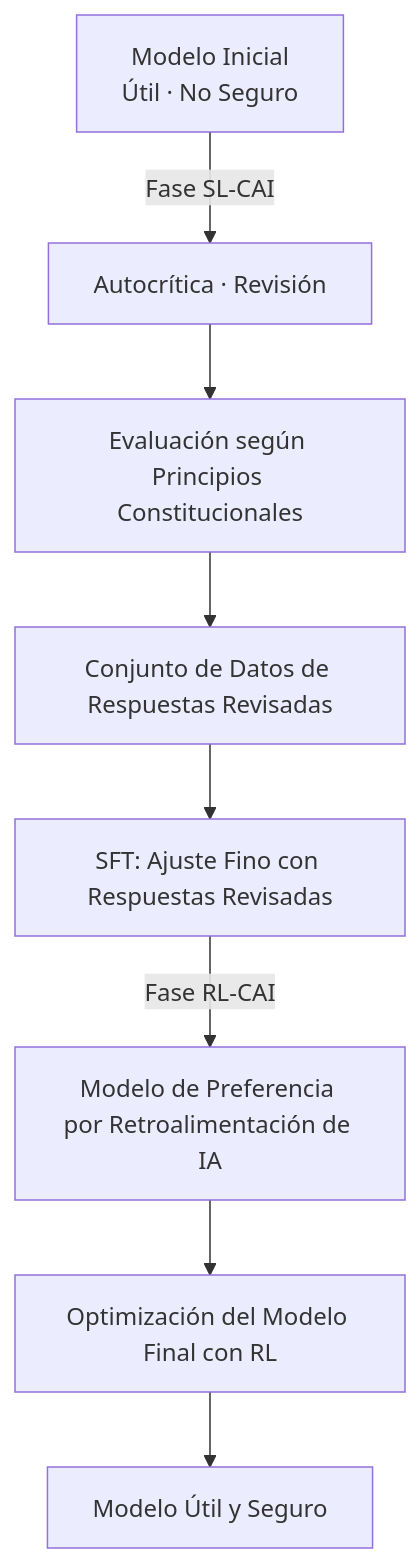
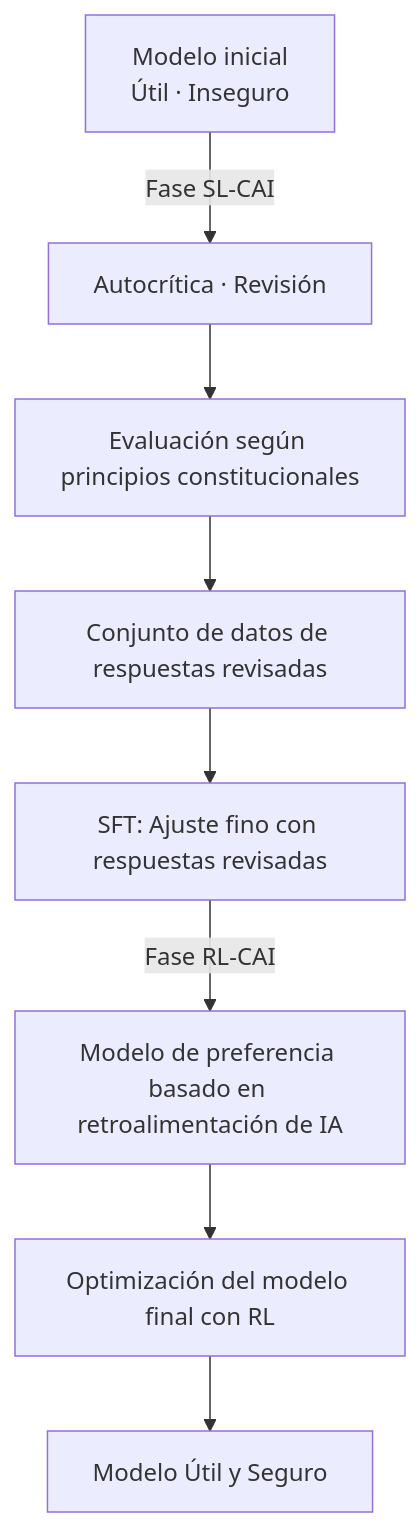
One commit to no-problem-dev/rick-brick-content changed the first of 2 diagrams in articles/es/2026-03-18-anthropic-constitutional-ai-cc0-open.md. Above: the diagram before and after it, drawn with Mermaid. The commit also changed other lines of this file and 126 other files, not shown here.

````diff
--- a/articles/es/2026-03-18-anthropic-constitutional-ai-cc0-open.md
+++ b/articles/es/2026-03-18-anthropic-constitutional-ai-cc0-open.md
@@ -28,11 +28,11 @@
 ```mermaid
 graph TD
-    A[Modelo Inicial
-Útil · No Seguro] -->|Fase SL-CAI| B[Autocrítica · Revisión]
-    B --> C[Evaluación según Principios Constitucionales]
-    C --> D[Conjunto de Datos de Respuestas Revisadas]
-    D --> E[SFT: Ajuste Fino con Respuestas Revisadas]
-    E -->|Fase RL-CAI| F[Modelo de Preferencia por Retroalimentación de IA]
-    F --> G[Optimización del Modelo Final con RL]
+    A[Modelo inicial
+Útil · Inseguro] -->|Fase SL-CAI| B[Autocrítica · Revisión]
+    B --> C[Evaluación según principios constitucionales]
+    C --> D[Conjunto de datos de respuestas revisadas]
+    D --> E[SFT: Ajuste fino con respuestas revisadas]
+    E -->|Fase RL-CAI| F[Modelo de preferencia basado en retroalimentación de IA]
+    F --> G[Optimización del modelo final con RL]
     G --> H[Modelo Útil y Seguro]
 ```
````
